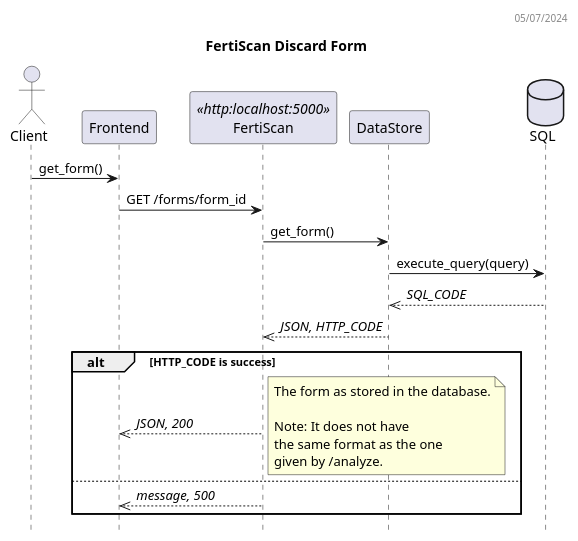
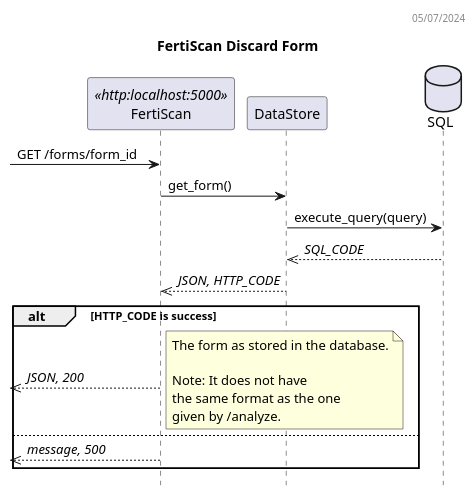
The diagram in docs/get_dss.puml (ai-cfia/fertiscan-backend), drawn with PlantUML before and after one commit. The commit also changed 6 other files, not shown here.

Commit message:
fix: remove frontend from diagrams

```diff
--- a/docs/get_dss.puml
+++ b/docs/get_dss.puml
@@ -1,33 +1,30 @@
 @startuml FertiScan Sequence Diagram
 header 05/07/2024
 
 title FertiScan Discard Form
 hide empty members
 hide footbox
 
-actor "Client" as C
-participant Frontend as FE
 participant FertiScan as BE <<http:localhost:5000>>
 participant DataStore as DS
 database SQL as DB
 
-C -> FE: get_form()
-FE -> BE: GET /forms/form_id
+-> BE: GET /forms/form_id
 BE -> DS: get_form() 
 DS -> DB: execute_query(query)
 DS <<-- DB: //SQL_CODE//
 BE <<-- DS: //JSON, HTTP_CODE//
 alt HTTP_CODE is success
-  FE <<-- BE: //JSON, 200//
+  <<-- BE: //JSON, 200//
   note right
     The form as stored in the database.
 
     Note: It does not have
     the same format as the one
     given by /analyze.
   end note
 else
-  FE <<-- BE: //message, 500//
+  <<-- BE: //message, 500//
 end
 
 @enduml
```
